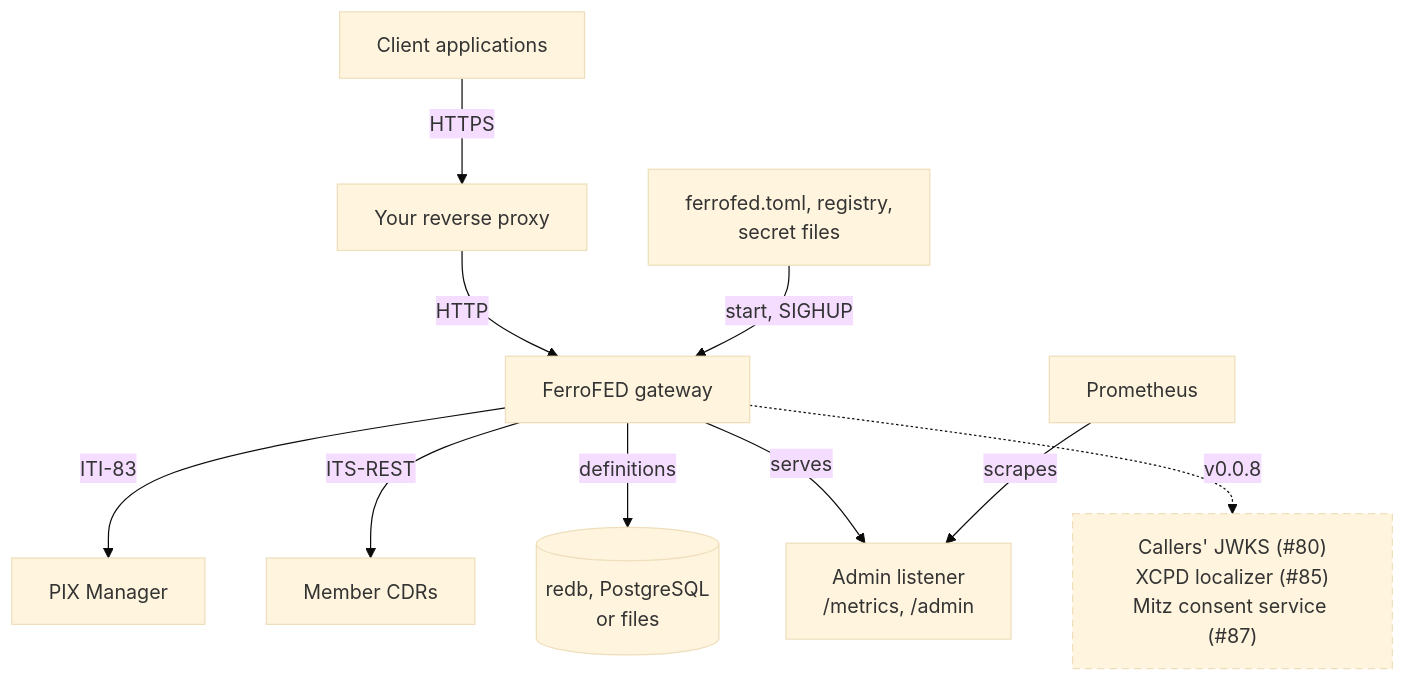
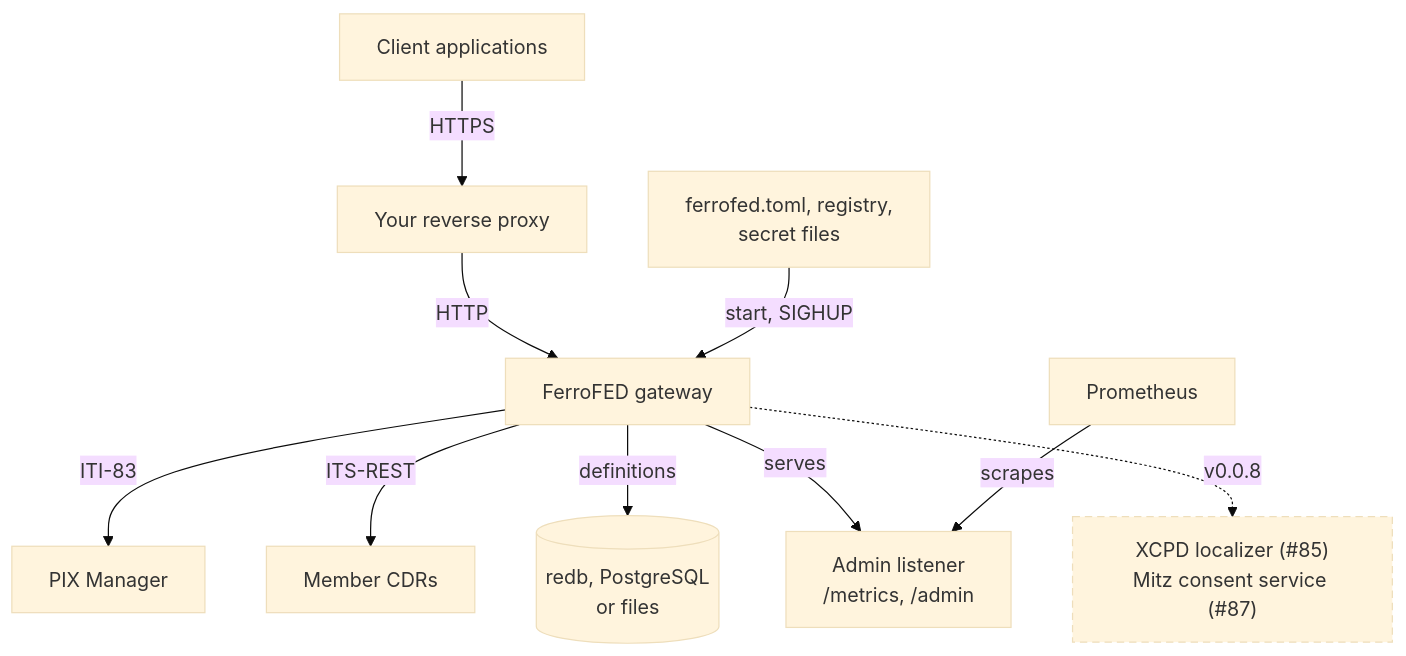
The second of 3 diagrams in website/book/src/how-it-works/deployment.md (FerroHEALTH/FerroFED), drawn with Mermaid (base theme) before and after one commit. The commit also changed other lines of this file and 16 other files, not shown here.

````diff
--- a/website/book/src/how-it-works/deployment.md
+++ b/website/book/src/how-it-works/deployment.md
@@ -56,13 +56,13 @@
 ```mermaid
 flowchart TB
     classDef planned stroke-dasharray: 6 4
     clients["Client applications"] -->|"HTTPS"| proxy["Your reverse proxy"]
     proxy -->|"HTTP"| gw["FerroFED gateway"]
     cfg["ferrofed.toml, registry,<br/>secret files"] -->|"start, SIGHUP"| gw
     gw -->|"ITI-83"| pix["PIX Manager"]
     gw -->|"ITS-REST"| nodes["Member CDRs"]
     gw -->|"definitions"| store[("redb, PostgreSQL<br/>or files")]
     gw -->|"serves"| admin["Admin listener<br/>/metrics, /admin"]
     prom["Prometheus"] -->|"scrapes"| admin
-    gw -.->|"v0.0.8"| planned["Callers' JWKS (#80)<br/>XCPD localizer (#85)<br/>Mitz consent service (#87)"]:::planned
+    gw -.->|"v0.0.8"| planned["XCPD localizer (#85)<br/>Mitz consent service (#87)"]:::planned
 ```
````
